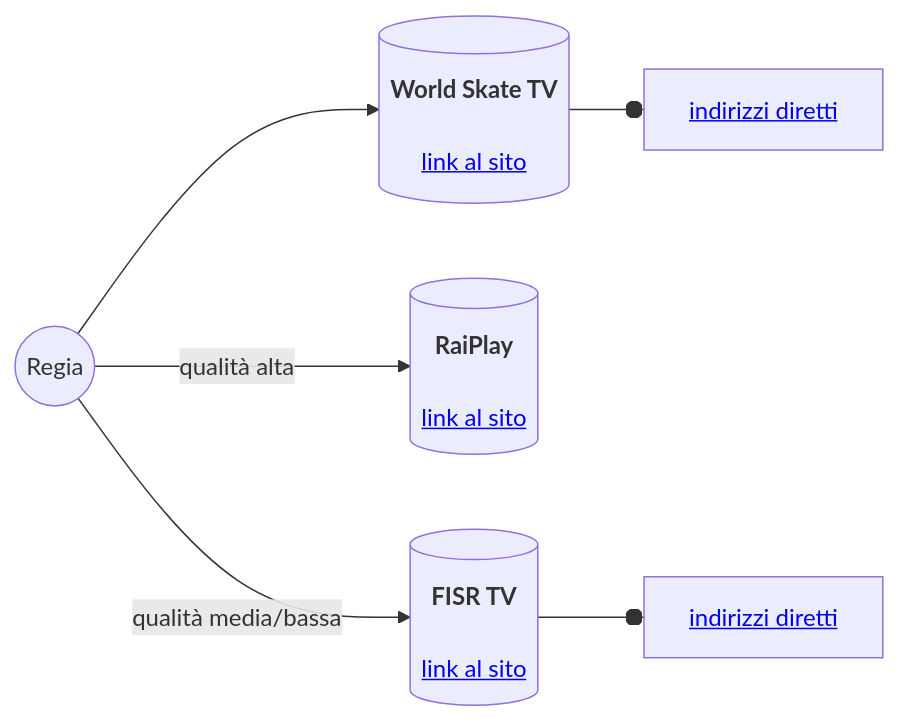
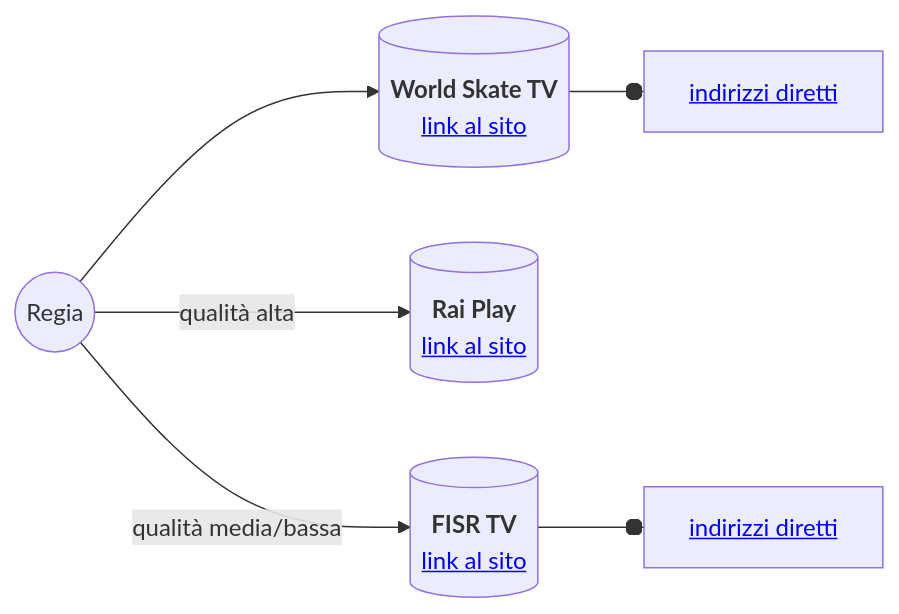
Before and after one commit to aiBR3/WSG2024-video: the diagram in README.md, drawn with Mermaid.

````diff
--- a/README.md
+++ b/README.md
@@ -3,8 +3,8 @@
 ```mermaid
 flowchart LR
-    Regia((Regia)) --> WSG[("<strong>World Skate TV</strong><br><br><a href="https://worldskate.tv/world-skate-games/wsg-2024/wsg-inline-speed-2024" target="_blank">link al sito</a>")]
-    Regia -- qualità alta --> Rai[("<strong>RaiPlay</strong><br><br><a href="https://www.raiplay.it/guidatv?channel=rai-sport" target="_blank">link al sito</a>")]
-    Regia -- qualità media/bassa --> FISR[("<strong>FISR TV</strong><br><br><a href="https://fisrtv.it/" target="_blank">link al sito</a>")]
+    Regia((Regia)) --> WSG[("<strong>World Skate TV</strong><br><a href="https://worldskate.tv/world-skate-games/wsg-2024/wsg-inline-speed-2024" target="_blank">link al sito</a>")]
+    Regia -- qualità alta --> Rai[("<strong>Rai Play</strong><br><a href="https://www.raiplay.it/guidatv?channel=rai-sport" target="_blank">link al sito</a>")]
+    Regia -- qualità media/bassa --> FISR[("<strong>FISR TV</strong><br><a href="https://fisrtv.it/" target="_blank">link al sito</a>")]
     WSG --o WSG1["<a href="https://github.com/aiBR3/WSG2024-video#world-skate-tv">indirizzi diretti</a>"]
     FISR --o FISR1["<a href="https://github.com/aiBR3/WSG2024-video#trasmissione-2024-09-13-0815-pista">indirizzi diretti</a>"]
 ```
````
